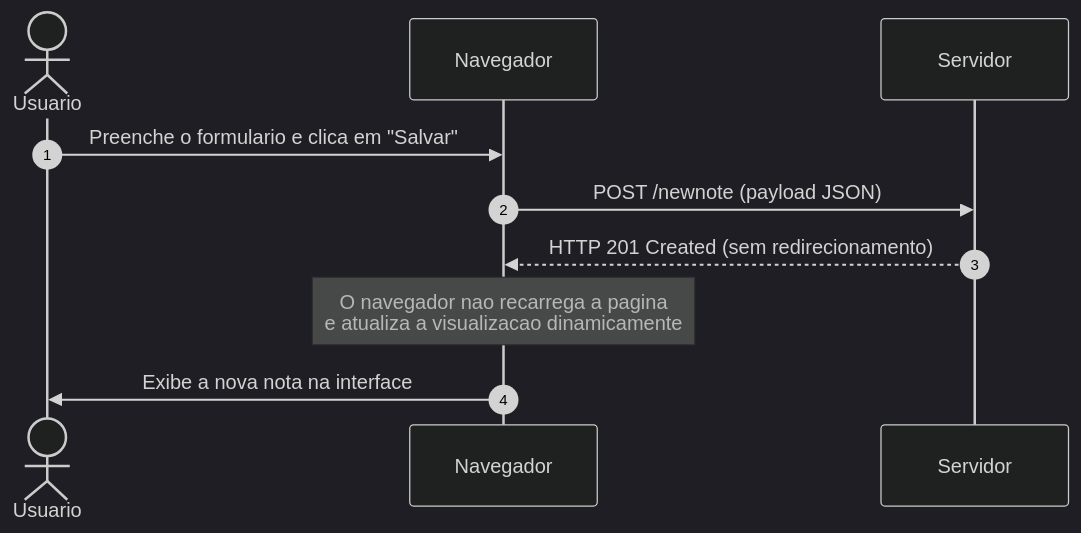
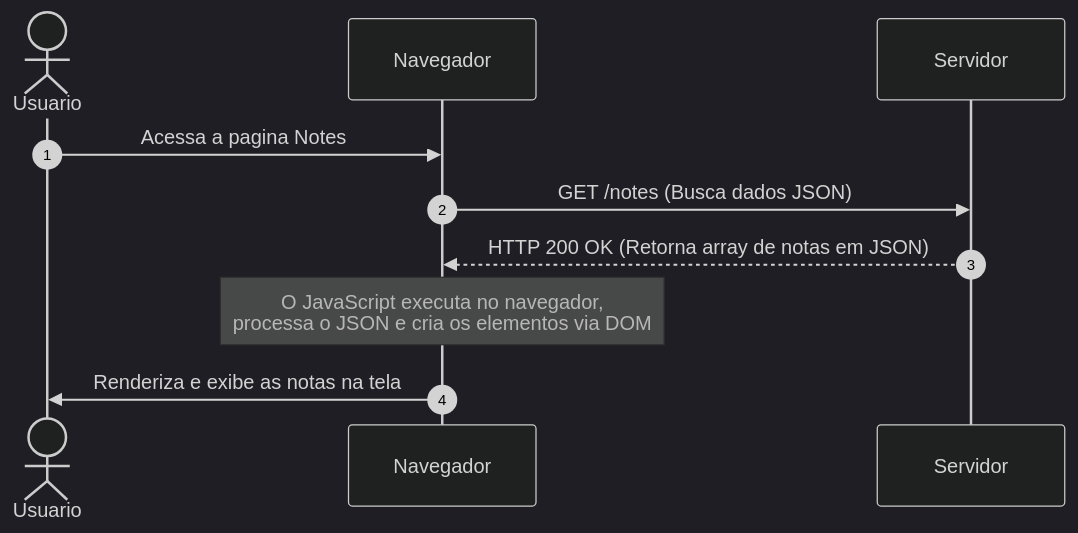
Before and after one commit to AdemirNetoDev/fullstack-open: the diagram in part0/ex05.md, drawn with Mermaid (dark theme). The commit also changed 1 other file, not shown here.

Commit message:
Ex05 e EX06

````diff
--- a/part0/ex05.md
+++ b/part0/ex05.md
@@ -1,14 +1,14 @@
 ```mermaid
 sequenceDiagram
     autonumber
     actor U as Usuario
     participant N as Navegador
     participant S as Servidor
 
-    U->>N: Preenche o formulario e clica em "Salvar"
-    N->>S: POST /newnote (payload JSON)
-    S-->>N: HTTP 201 Created (sem redirecionamento)
+    U->>N: Acessa a pagina Notes
+    N->>S: GET /notes (Busca dados JSON)
+    S-->>N: HTTP 200 OK (Retorna array de notas em JSON)
 
-    Note over N: O navegador nao recarrega a pagina<br/>e atualiza a visualizacao dinamicamente
-    N->>U: Exibe a nova nota na interface
+    Note over N: O JavaScript executa no navegador, <br/>processa o JSON e cria os elementos via DOM
+    N->>U: Renderiza e exibe as notas na tela
 ```
````
